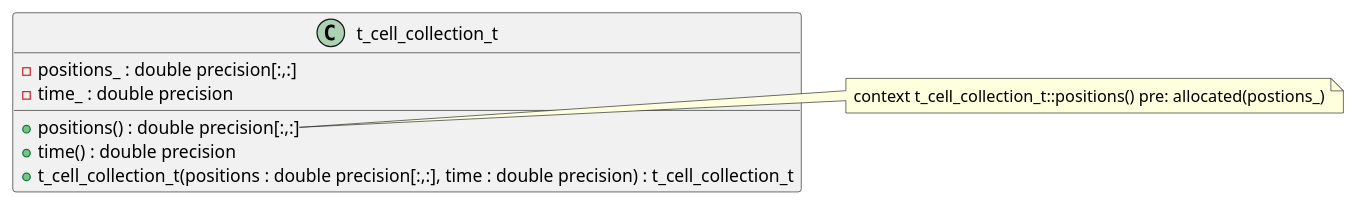
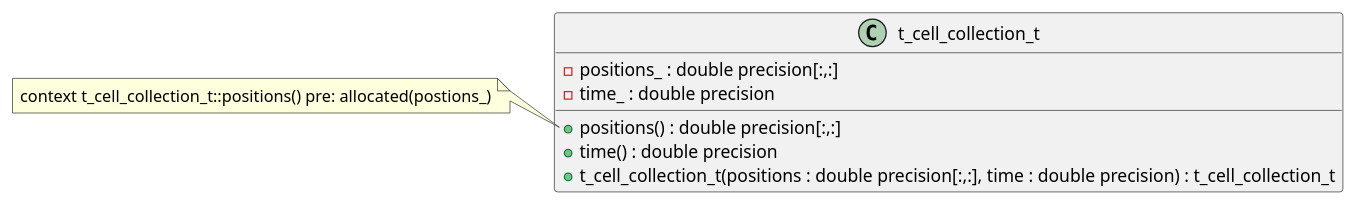
One commit to BerkeleyLab/matcha changed the diagram in doc/t_cell_collection-class-diagram.puml. Above: the diagram before and after it, drawn with PlantUML. The commit also changed 1 other file, not shown here.

Commit message:
fix(class-diagrams): update to match paper

```diff
--- a/doc/t_cell_collection-class-diagram.puml
+++ b/doc/t_cell_collection-class-diagram.puml
@@ -1,15 +1,15 @@
 @startuml
 
 class t_cell_collection_t{
   - positions_ : double precision[:,:]
   - time_ : double precision
   + positions() : double precision[:,:]
   + time() : double precision
   + t_cell_collection_t(positions : double precision[:,:], time : double precision) : t_cell_collection_t
 }
 
-note right of t_cell_collection_t::positions()
+note left of t_cell_collection_t::positions()
   context t_cell_collection_t::positions() pre: allocated(postions_)
 end note
 
 @enduml
```
